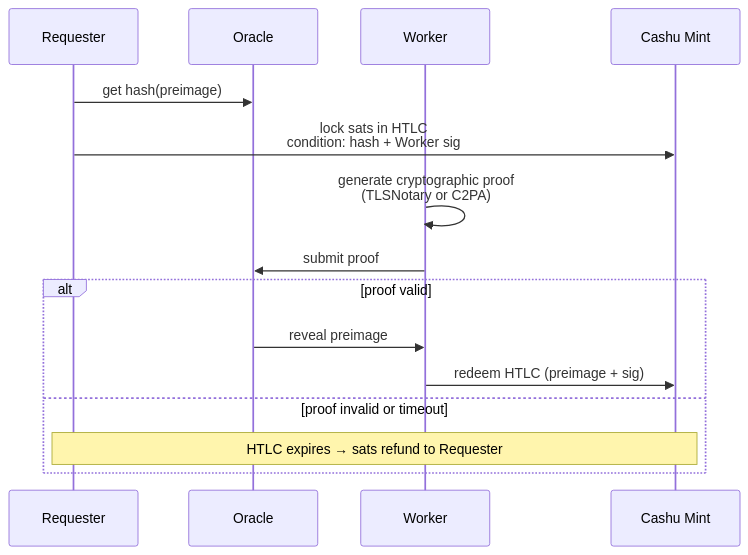
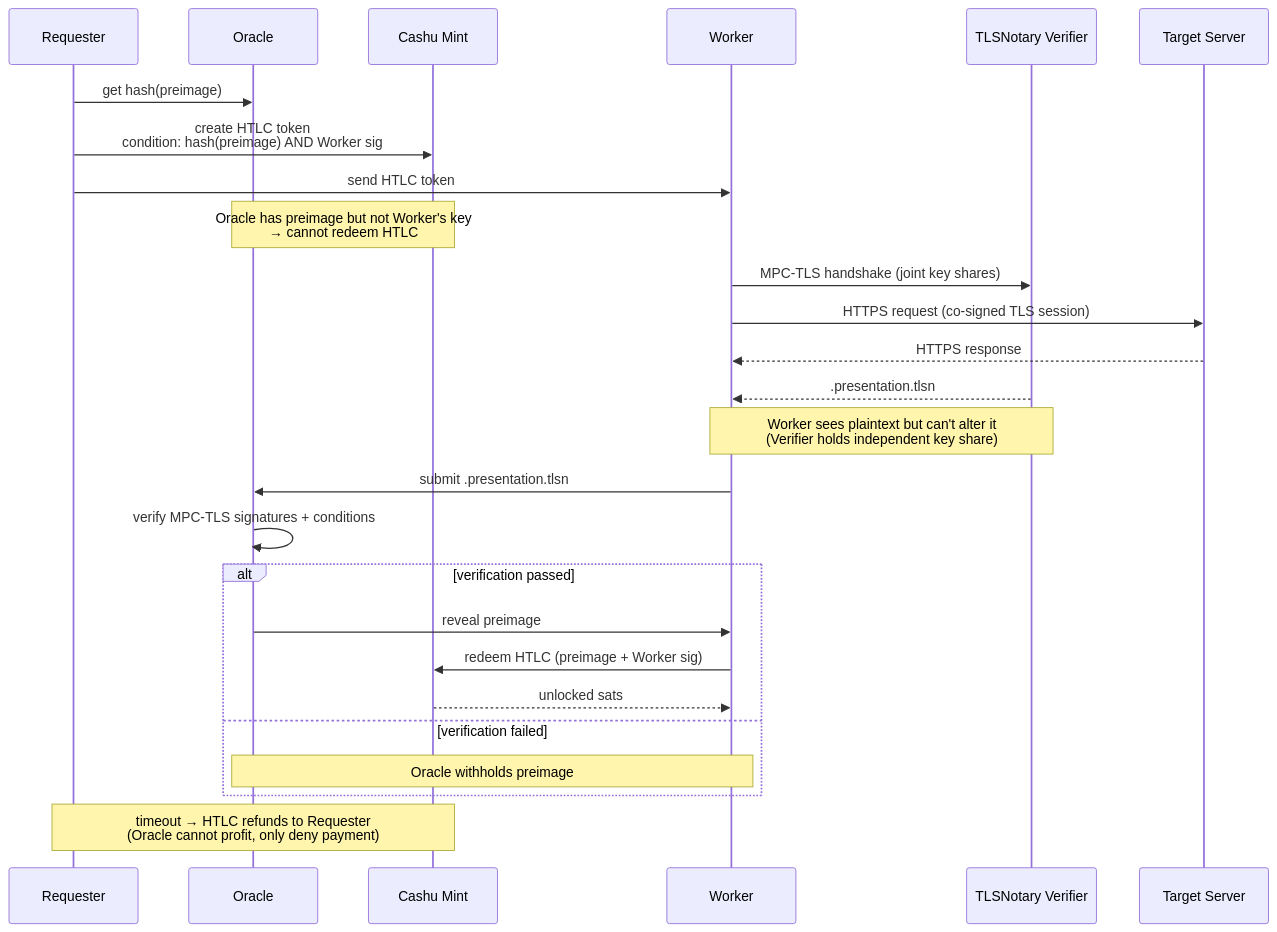
One commit to motxx/anchr changed the first of 2 diagrams in README.md. Above: the diagram before and after it, drawn with Mermaid.

Commit message:
docs: improve trustless flow diagram — explicit HTLC lock/unlock and Oracle limits

````diff
--- a/README.md
+++ b/README.md
@@ -33,20 +33,35 @@
 ```mermaid
 sequenceDiagram
     participant R as Requester
     participant O as Oracle
+    participant M as Cashu Mint
     participant W as Worker
-    participant M as Cashu Mint
+    participant V as TLSNotary Verifier
+    participant T as Target Server
 
     R->>O: get hash(preimage)
-    R->>M: lock sats in HTLC<br/>condition: hash + Worker sig
+    R->>M: create HTLC token<br/>condition: hash(preimage) AND Worker sig
+    R->>W: send HTLC token
 
-    W->>W: generate cryptographic proof<br/>(TLSNotary or C2PA)
-    W->>O: submit proof
+    Note over O,M: Oracle has preimage but not Worker's key<br/>→ cannot redeem HTLC
 
-    alt proof valid
+    W->>V: MPC-TLS handshake (joint key shares)
+    W->>T: HTTPS request (co-signed TLS session)
+    T-->>W: HTTPS response
+    V-->>W: .presentation.tlsn
+
+    Note over W,V: Worker sees plaintext but can't alter it<br/>(Verifier holds independent key share)
+
+    W->>O: submit .presentation.tlsn
+    O->>O: verify MPC-TLS signatures + conditions
+
+    alt verification passed
         O->>W: reveal preimage
-        W->>M: redeem HTLC (preimage + sig)
-    else proof invalid or timeout
-        Note over R,M: HTLC expires → sats refund to Requester
+        W->>M: redeem HTLC (preimage + Worker sig)
+        M-->>W: unlocked sats
+    else verification failed
+        Note over O,W: Oracle withholds preimage
     end
+
+    Note over R,M: timeout → HTLC refunds to Requester<br/>(Oracle cannot profit, only deny payment)
 ```
````
